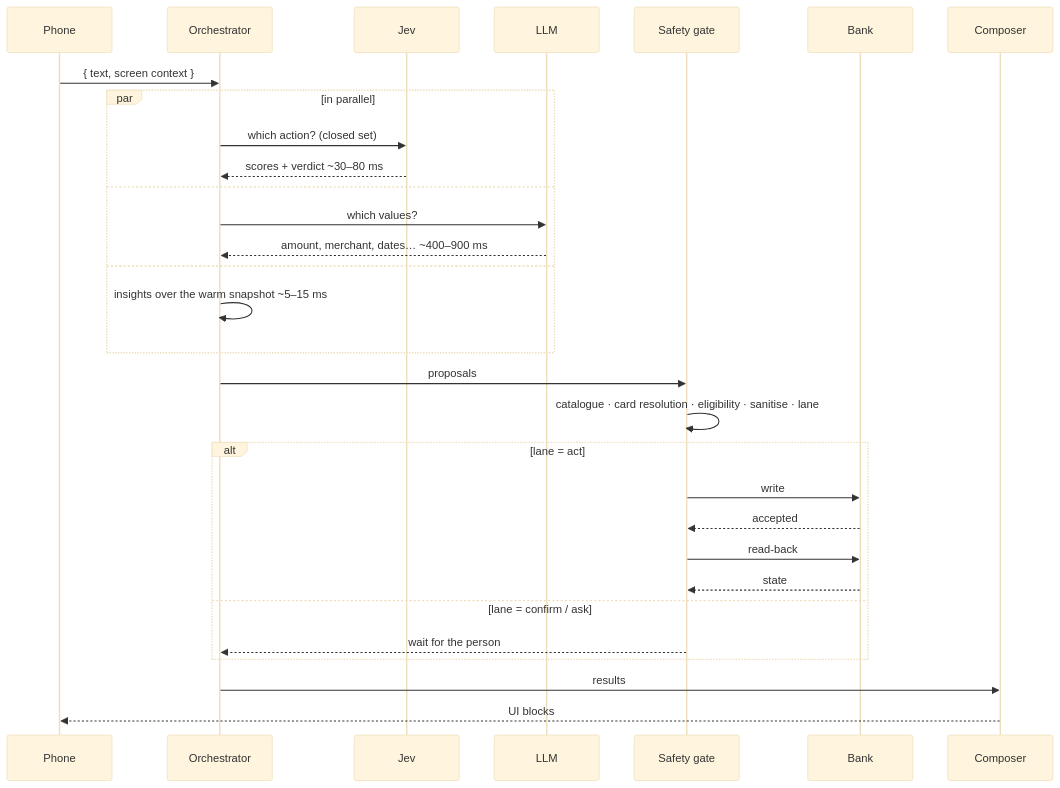
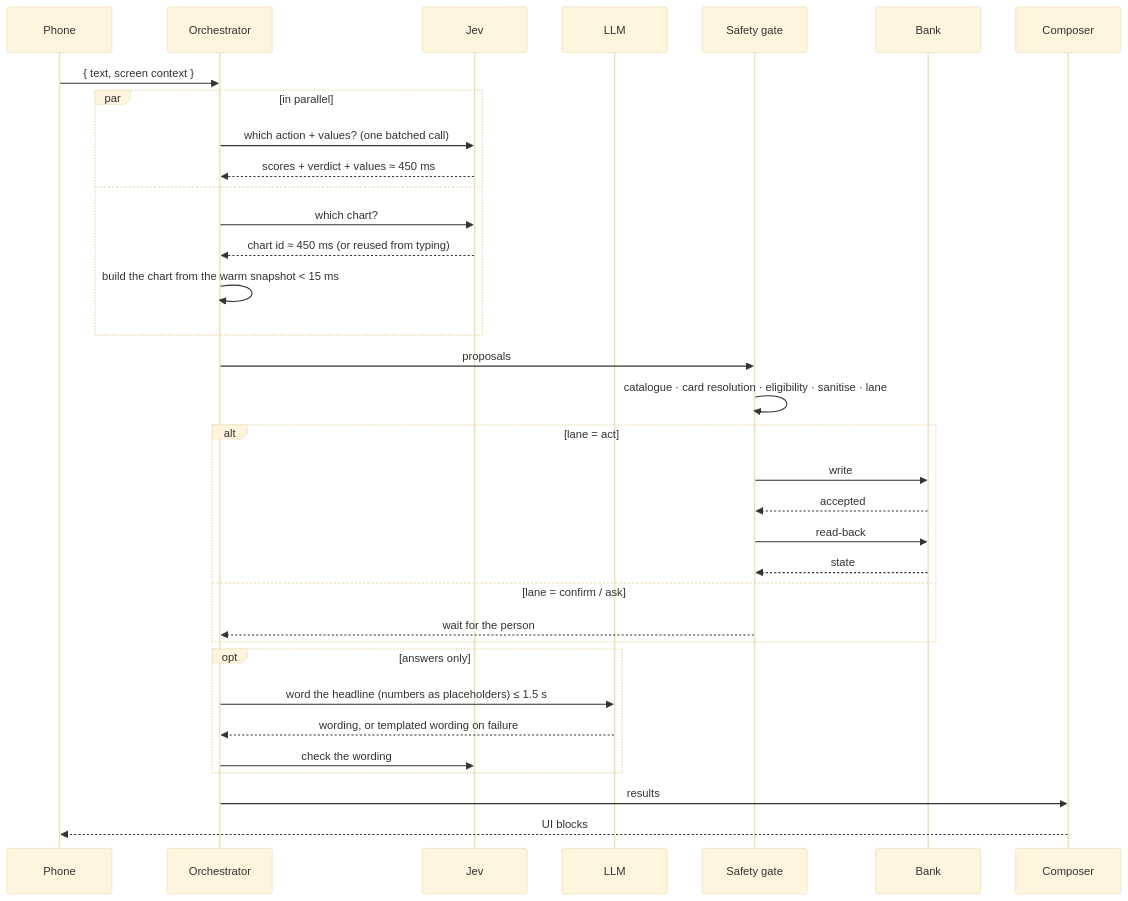
The second of 4 diagrams in docs/ARCHITECTURE.md (Rahulm38/Awesome-UI-on-fly), drawn with Mermaid (base theme) before and after one commit. The commit also changed other lines of this file and 11 other files, not shown here.

Commit message:
Update demo architecture and preview metadata

````diff
--- a/docs/ARCHITECTURE.md
+++ b/docs/ARCHITECTURE.md
@@ -36,32 +35,36 @@
 ```mermaid
 sequenceDiagram
   participant P as Phone
   participant O as Orchestrator
   participant J as Jev
   participant L as LLM
   participant S as Safety gate
   participant B as Bank
   participant C as Composer
   P->>O: { text, screen context }
   par in parallel
-    O->>J: which action? (closed set)
-    J-->>O: scores + verdict   ~30–80 ms
+    O->>J: which action + values? (one batched call)
+    J-->>O: scores + verdict + values   ≈ 450 ms
   and
-    O->>L: which values?
-    L-->>O: amount, merchant, dates…   ~400–900 ms
-  and
-    O->>O: insights over the warm snapshot   ~5–15 ms
+    O->>J: which chart?
+    J-->>O: chart id   ≈ 450 ms (or reused from typing)
+    O->>O: build the chart from the warm snapshot   < 15 ms
   end
   O->>S: proposals
   S->>S: catalogue · card resolution · eligibility · sanitise · lane
   alt lane = act
     S->>B: write
     B-->>S: accepted
     S->>B: read-back
     B-->>S: state
   else lane = confirm / ask
     S-->>O: wait for the person
   end
+  opt answers only
+    O->>L: word the headline (numbers as placeholders)   ≤ 1.5 s
+    L-->>O: wording, or templated wording on failure
+    O->>J: check the wording
+  end
   O->>C: results
   C-->>P: UI blocks
 ```
````
